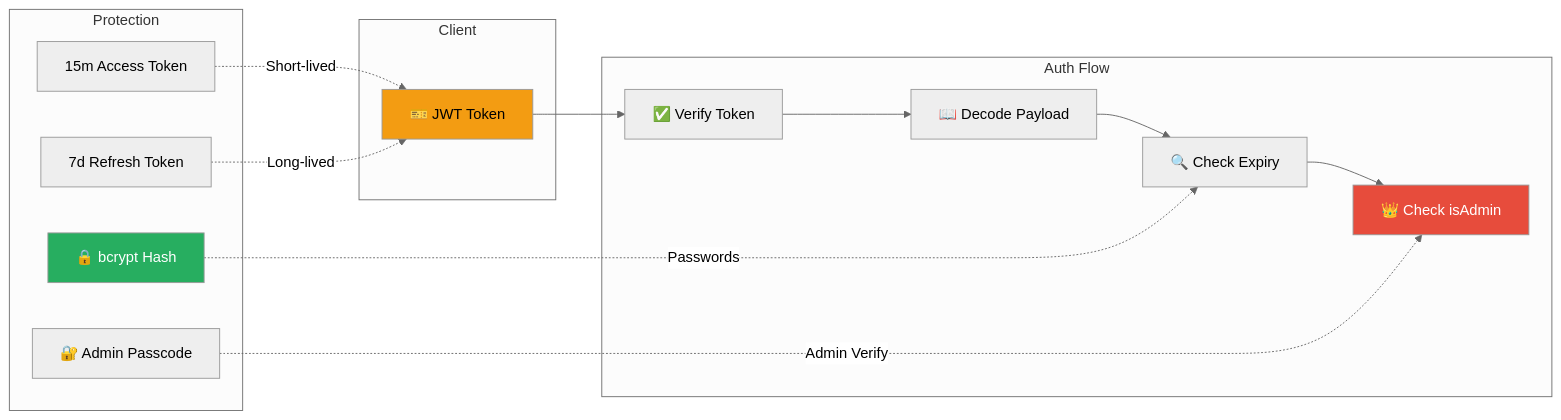
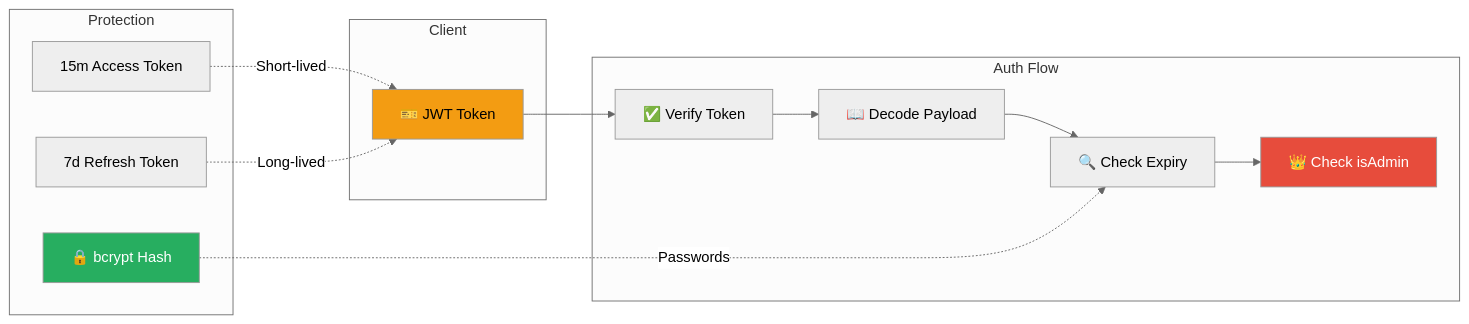
The seventh of 8 diagrams in docs/architecture.md (AbhishekBalija/MathGPT), drawn with Mermaid (neutral theme) before and after one commit. The commit also changed 49 other files, not shown here.

First line of the commit message:
feat!: admin module and analytics on Postgres; remove Admin Passcode

````diff
--- a/docs/architecture.md
+++ b/docs/architecture.md
@@ -372,34 +372,32 @@
 ```mermaid
 graph LR
     subgraph "Client"
         TOKEN["🎫 JWT Token"]
     end
 
     subgraph "Auth Flow"
         VERIFY["✅ Verify Token"]
         DECODE["📖 Decode Payload"]
         CHECK["🔍 Check Expiry"]
         ADMIN_CHECK["👑 Check isAdmin"]
     end
 
     subgraph "Protection"
         ACCESS["15m Access Token"]
         REFRESH["7d Refresh Token"]
         BCRYPT["🔒 bcrypt Hash"]
-        PASSCODE["🔐 Admin Passcode"]
     end
 
     TOKEN --> VERIFY
     VERIFY --> DECODE
     DECODE --> CHECK
     CHECK --> ADMIN_CHECK
 
     ACCESS -.->|Short-lived| TOKEN
     REFRESH -.->|Long-lived| TOKEN
     BCRYPT -.->|Passwords| CHECK
-    PASSCODE -.->|Admin Verify| ADMIN_CHECK
 
     style TOKEN fill:#f39c12,color:#000
     style BCRYPT fill:#27ae60,color:#fff
     style ADMIN_CHECK fill:#e74c3c,color:#fff
 ```
````
